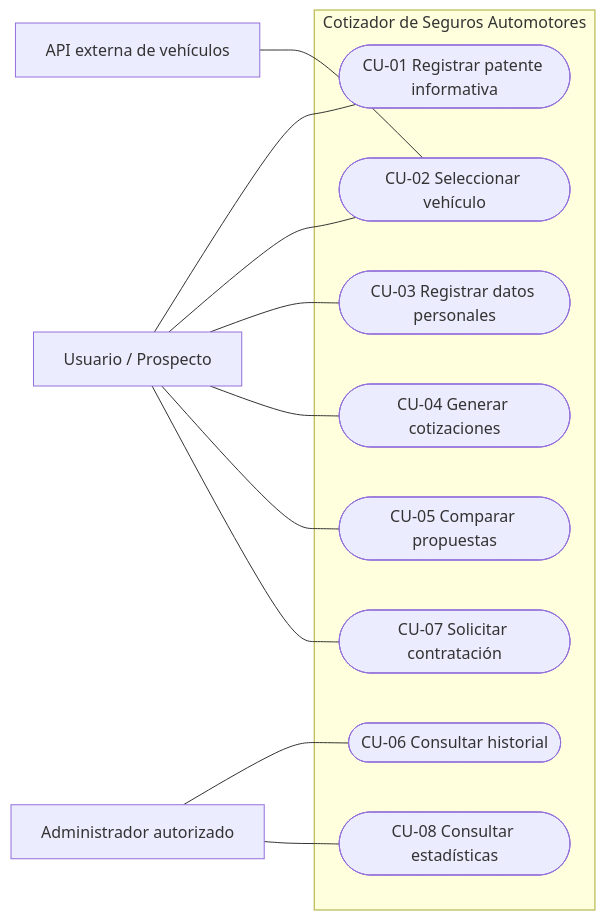
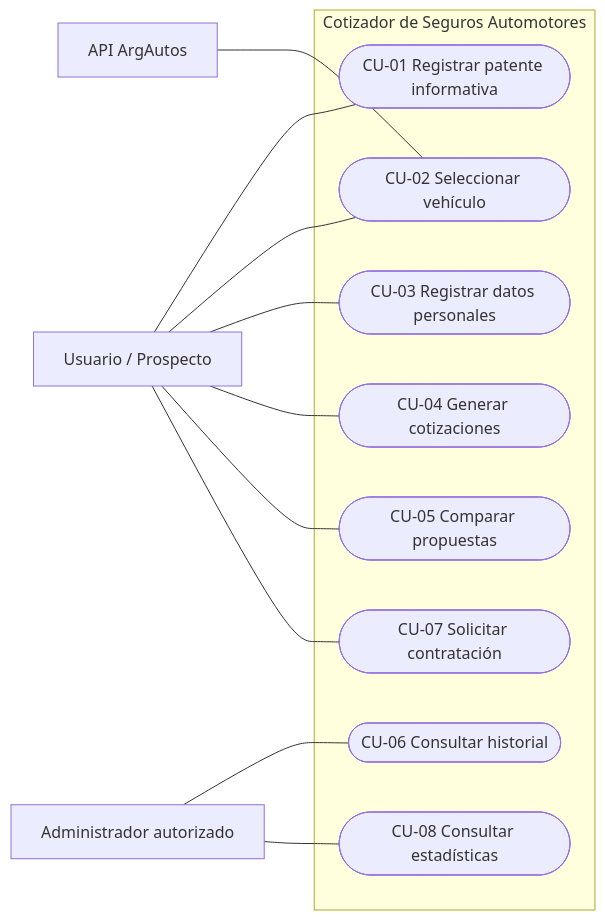
The second of 4 diagrams in docs/Documentacion-Sistema.md (LorenzoPattini/TrabajoFinal-Grupo104), drawn with Mermaid before and after one commit. The commit also changed other lines of this file and 3 other files, not shown here.

````diff
--- a/docs/Documentacion-Sistema.md
+++ b/docs/Documentacion-Sistema.md
@@ -798,25 +827,25 @@
 ```mermaid
 flowchart LR
     U["Usuario / Prospecto"]
     ADM["Administrador autorizado"]
-    API["API externa de vehículos"]
+    API["API ArgAutos"]
     subgraph SISTEMA["Cotizador de Seguros Automotores"]
         CU1(["CU-01 Registrar patente informativa"])
         CU2(["CU-02 Seleccionar vehículo"])
         CU3(["CU-03 Registrar datos personales"])
         CU4(["CU-04 Generar cotizaciones"])
         CU5(["CU-05 Comparar propuestas"])
         CU6(["CU-06 Consultar historial"])
         CU7(["CU-07 Solicitar contratación"])
         CU8(["CU-08 Consultar estadísticas"])
     end
     U --- CU1
     U --- CU2
     U --- CU3
     U --- CU4
     U --- CU5
     U --- CU7
     ADM --- CU6
     ADM --- CU8
     API --- CU2
 ```
````
